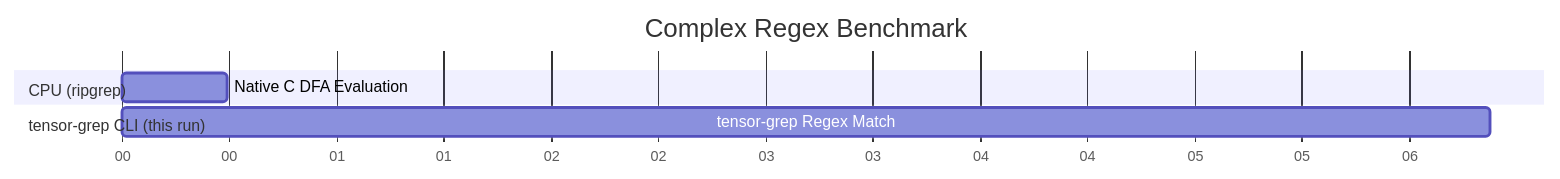
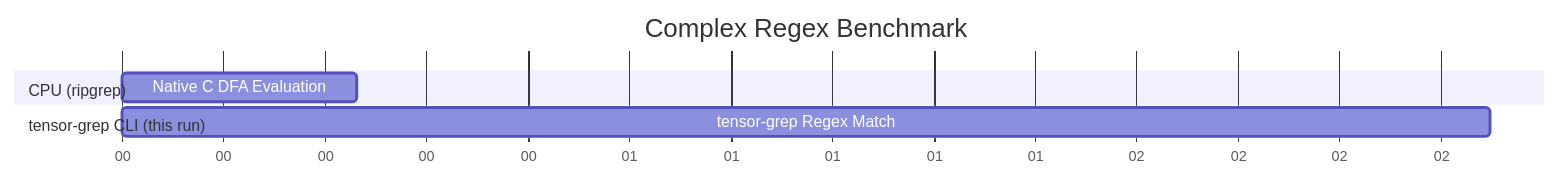
Before and after one commit to oimiragieo/tensor-grep: the second of 3 diagrams in docs/PAPER.md, drawn with Mermaid. The commit also changed other lines of this file and 18 other files, not shown here.

````diff
--- a/docs/PAPER.md
+++ b/docs/PAPER.md
@@ -99,12 +99,12 @@
 ```mermaid
 gantt
     title Complex Regex Benchmark
     dateFormat  s
     axisFormat %S
     
     section CPU (ripgrep)
-    Native C DFA Evaluation :a1, 0, 0.491s
+    Native C DFA Evaluation :a1, 0, 0.462s
     
     section tensor-grep CLI (this run)
-    tensor-grep Regex Match :a2, 0, 6.378s
+    tensor-grep Regex Match :a2, 0, 2.697s
 ```
````
